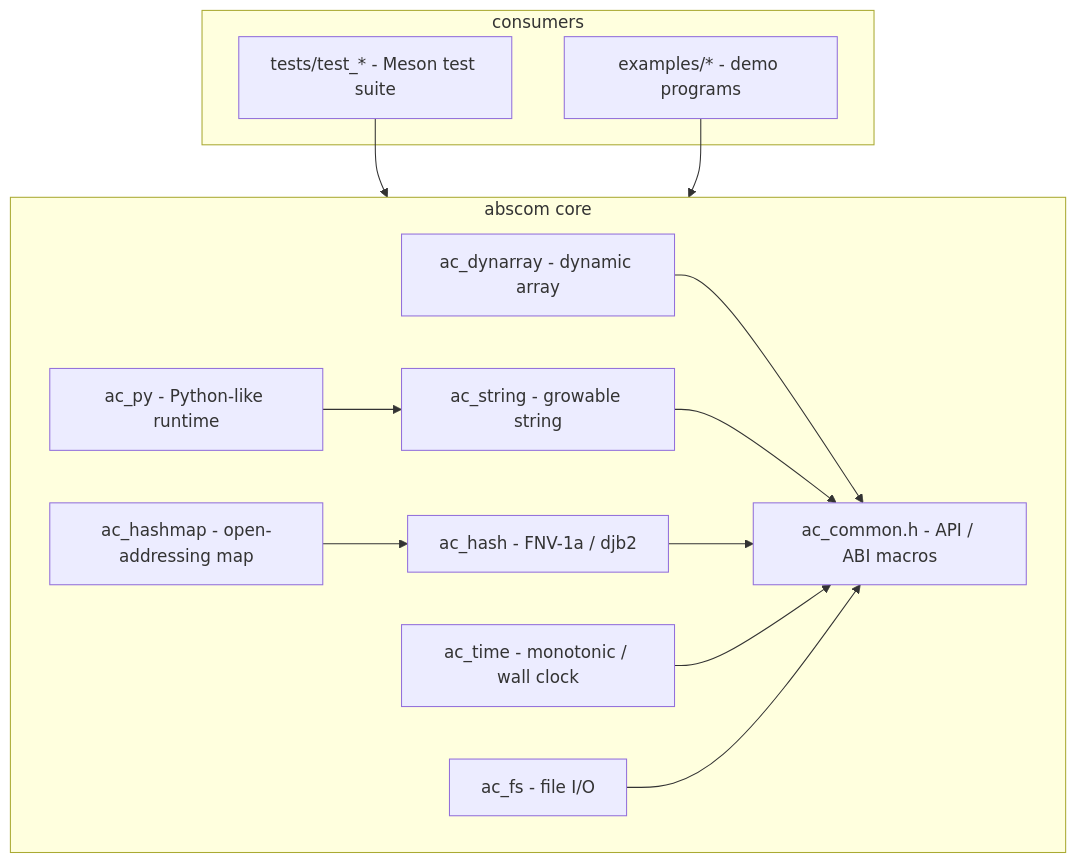
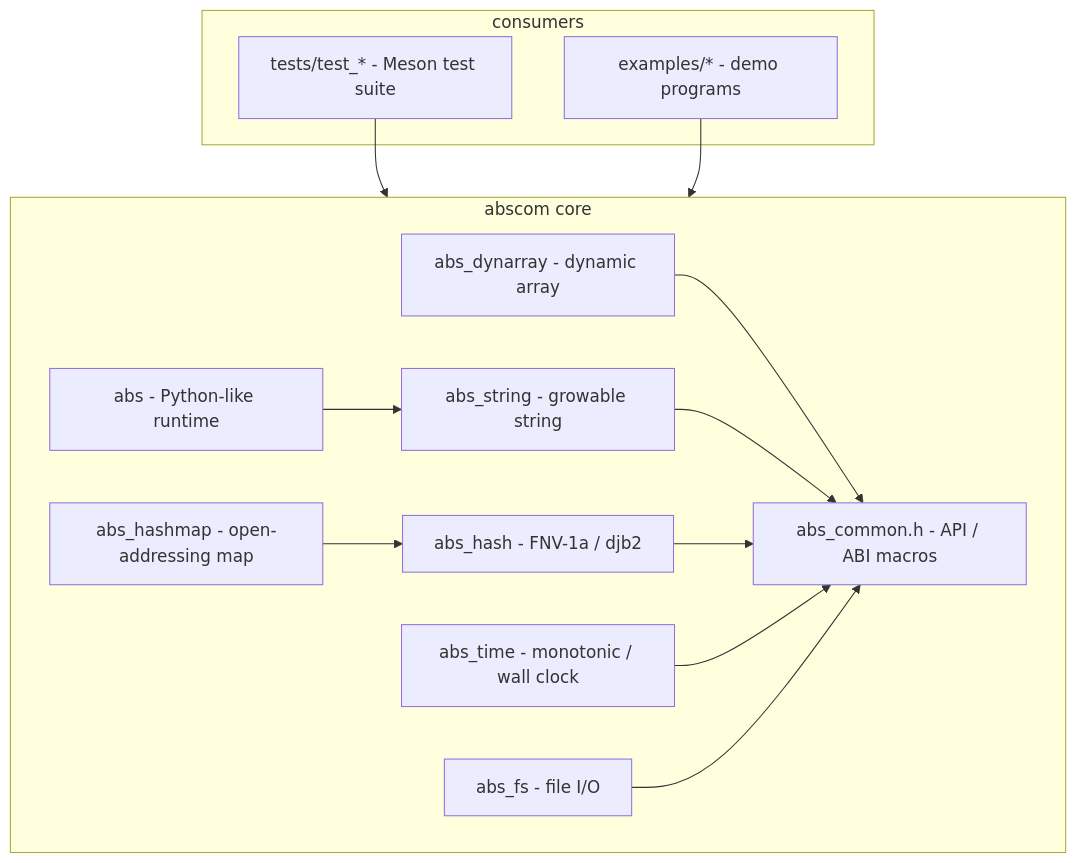
One commit to rkriad585/Abscom changed the diagram in docs/architecture.md. Above: the diagram before and after it, drawn with Mermaid. The commit also changed other lines of this file and 81 other files, not shown here.

First line of the commit message:
Standardize on abs_ prefix and merge runtime into abs.h/abs.c

````diff
--- a/docs/architecture.md
+++ b/docs/architecture.md
@@ -39,28 +38,28 @@
 ```mermaid
 graph TD
     subgraph core["abscom core"]
-        common[ac_common.h - API / ABI macros]
-        dyn[ac_dynarray - dynamic array]
-        str[ac_string - growable string]
-        hash[ac_hash - FNV-1a / djb2]
-        map[ac_hashmap - open-addressing map]
-        time[ac_time - monotonic / wall clock]
-        fs[ac_fs - file I/O]
-        py[ac_py - Python-like runtime]
+        common[abs_common.h - API / ABI macros]
+        dyn[abs_dynarray - dynamic array]
+        str[abs_string - growable string]
+        hash[abs_hash - FNV-1a / djb2]
+        map[abs_hashmap - open-addressing map]
+        time[abs_time - monotonic / wall clock]
+        fs[abs_fs - file I/O]
+        rt[abs - Python-like runtime]
     end
 
     subgraph consumers["consumers"]
         tests[tests/test_* - Meson test suite]
         examples[examples/* - demo programs]
     end
 
     dyn --> common
     str --> common
     hash --> common
     map --> hash
     time --> common
     fs --> common
-    py --> str
+    rt --> str
     tests --> core
     examples --> core
 ```
````
